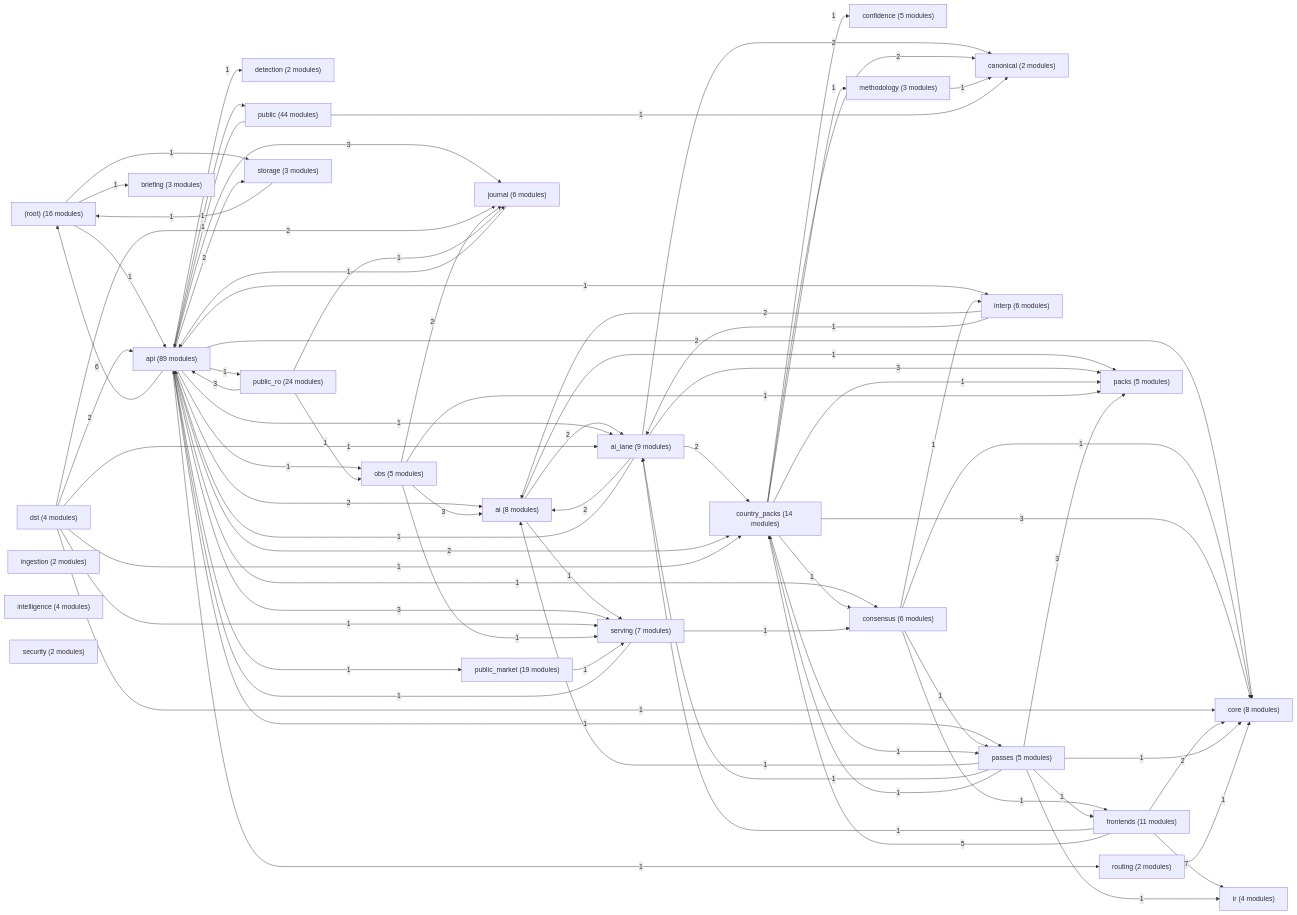
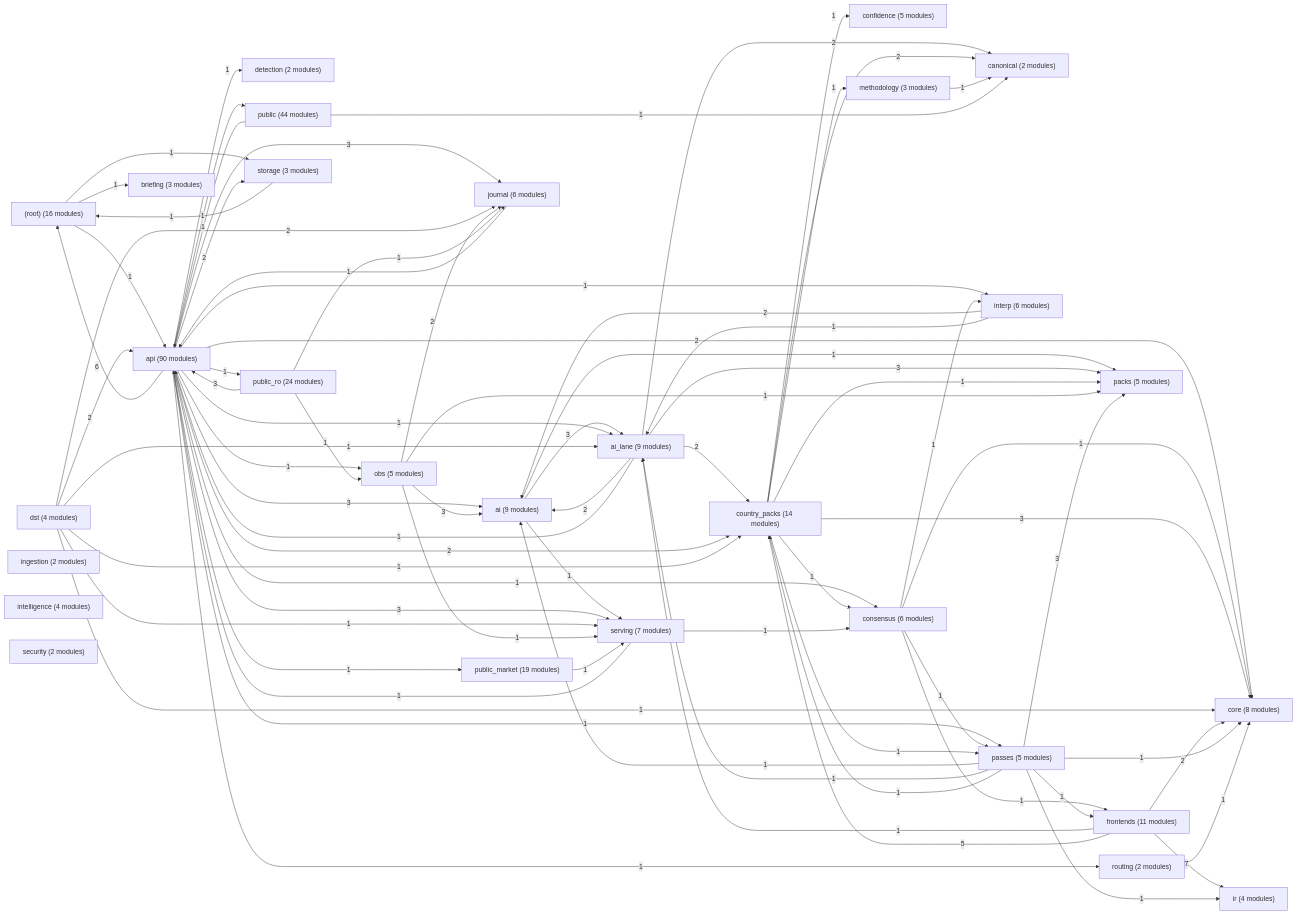
The second of 3 diagrams in docs/engine_book/architecture.md (AlexDC100/cfo-ai.io), drawn with Mermaid before and after one commit. The commit also changed other lines of this file and 4 other files, not shown here.

````diff
--- a/docs/engine_book/architecture.md
+++ b/docs/engine_book/architecture.md
@@ -34,9 +34,9 @@
 ```mermaid
 graph LR
     pkg__root_["(root) (16 modules)"]
-    pkg_ai["ai (8 modules)"]
+    pkg_ai["ai (9 modules)"]
     pkg_ai_lane["ai_lane (9 modules)"]
-    pkg_api["api (89 modules)"]
+    pkg_api["api (90 modules)"]
     pkg_briefing["briefing (3 modules)"]
     pkg_canonical["canonical (2 modules)"]
     pkg_confidence["confidence (5 modules)"]
@@ -65,7 +65,7 @@
     pkg__root_ -->|1| pkg_api
     pkg__root_ -->|1| pkg_briefing
     pkg__root_ -->|1| pkg_storage
-    pkg_ai -->|2| pkg_ai_lane
+    pkg_ai -->|3| pkg_ai_lane
     pkg_ai -->|1| pkg_packs
     pkg_ai -->|1| pkg_serving
     pkg_ai_lane -->|2| pkg_ai
@@ -74,7 +74,7 @@
     pkg_ai_lane -->|2| pkg_country_packs
     pkg_ai_lane -->|3| pkg_packs
     pkg_api -->|6| pkg__root_
-    pkg_api -->|2| pkg_ai
+    pkg_api -->|3| pkg_ai
     pkg_api -->|1| pkg_ai_lane
     pkg_api -->|1| pkg_consensus
     pkg_api -->|2| pkg_core
````
